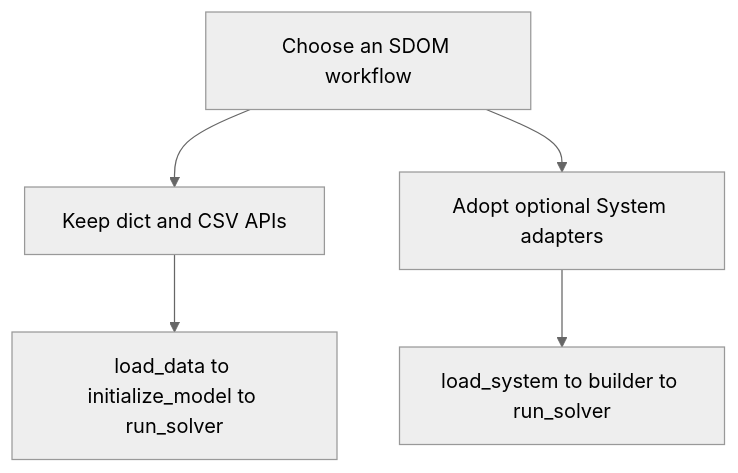
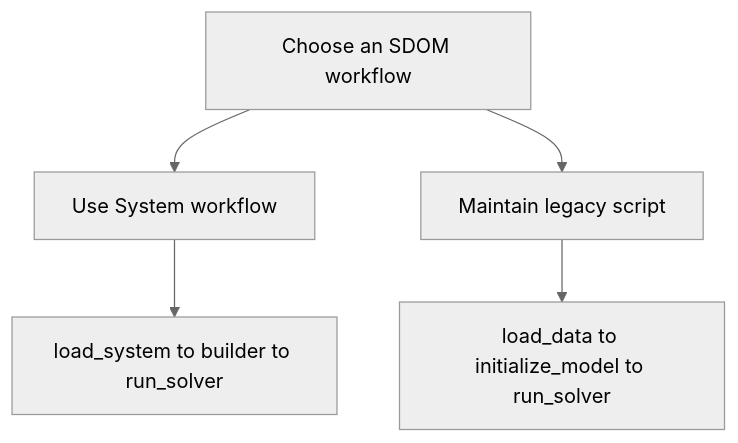
Before and after one commit to NatLabRockies/SDOM: the fourth of 5 diagrams in docs/source/user_guide/infrasys_integration.md, drawn with Mermaid (neutral theme). The commit also changed other lines of this file and 10 other files, not shown here.

First line of the commit message:
docs: add System-first workflow guidance (#87)

````diff
--- a/docs/source/user_guide/infrasys_integration.md
+++ b/docs/source/user_guide/infrasys_integration.md
@@ -122,7 +124,7 @@
 ```mermaid
 flowchart TD
-    Start[Choose an SDOM workflow] --> Legacy[Keep dict and CSV APIs]
-    Start --> System[Adopt optional System adapters]
+    Start[Choose an SDOM workflow] --> System[Use System workflow]
+    Start --> Legacy[Maintain legacy script]
+    System --> Adapted[load_system to builder to run_solver]
     Legacy --> Existing[load_data to initialize_model to run_solver]
-    System --> Adapted[load_system to builder to run_solver]
 ```
````
